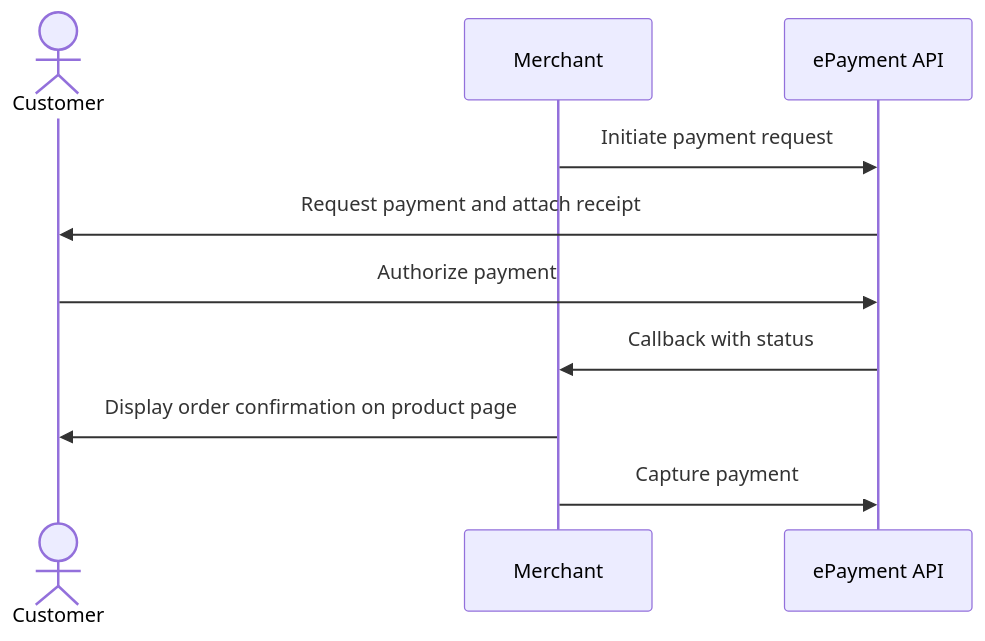
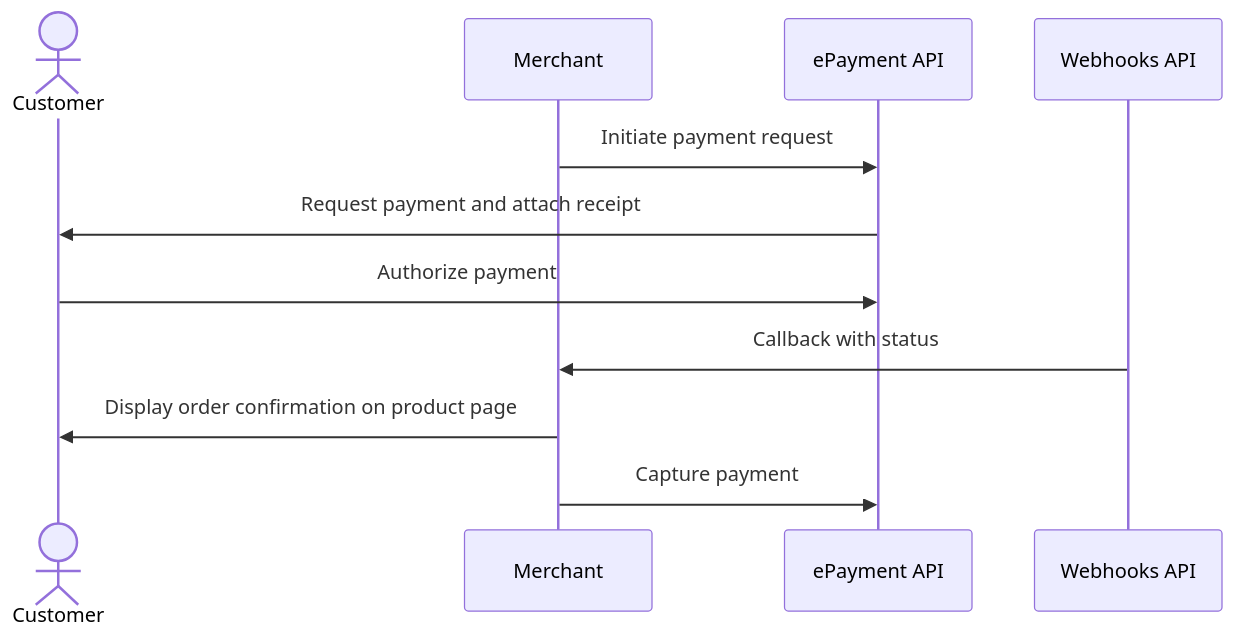
Before and after one commit to vippsas/vipps-solutions: the diagram in invoice-through-epayments/payment-sent-to-app.md, drawn with Mermaid. The commit also changed other lines of this file and 16 other files, not shown here.

Commit message:
Use webhooks in all the ePayment sequence diagrams

````diff
--- a/invoice-through-epayments/payment-sent-to-app.md
+++ b/invoice-through-epayments/payment-sent-to-app.md
@@ -157,13 +156,14 @@
 ``` mermaid
 sequenceDiagram
     actor C as Customer
     participant M as Merchant
     participant ePayment as ePayment API
+    participant Webhooks as Webhooks API
 
     M->>ePayment: Initiate payment request
     ePayment->>C: Request payment and attach receipt
     C->>ePayment: Authorize payment
-    ePayment->>M: Callback with status
+    Webhooks->>M: Callback with status
     M->>C: Display order confirmation on product page
     M->>ePayment: Capture payment
 ```
````
